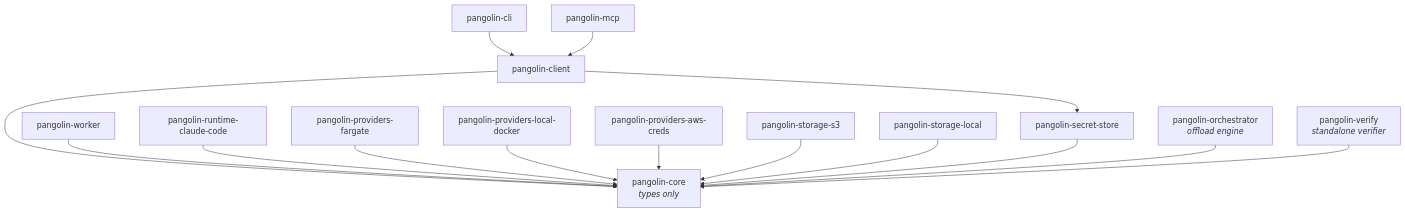
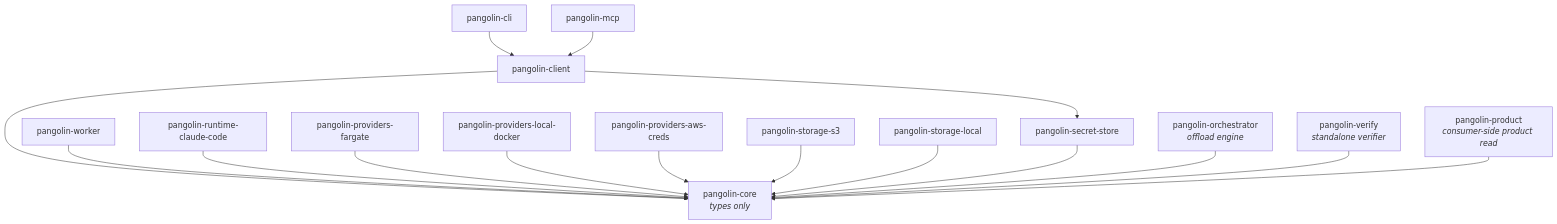
Before and after one commit to QuarrySystems/pangolin: the diagram in docs-site/src/content/docs/reference/package-map.md, drawn with Mermaid. The commit also changed other lines of this file and 4 other files, not shown here.

Commit message:
docs: sixteen packages, pangolin-product row, and document the published read (task-docs)

````diff
--- a/docs-site/src/content/docs/reference/package-map.md
+++ b/docs-site/src/content/docs/reference/package-map.md
@@ -43,32 +44,34 @@
 ```mermaid
 graph TD
   core[pangolin-core<br/><i>types only</i>]
   client[pangolin-client]
   cli[pangolin-cli]
   mcp[pangolin-mcp]
   worker[pangolin-worker]
   runtime[pangolin-runtime-claude-code]
   pfargate[pangolin-providers-fargate]
   plocal[pangolin-providers-local-docker]
   pawscreds[pangolin-providers-aws-creds]
   ss3[pangolin-storage-s3]
   slocal[pangolin-storage-local]
   secretstore[pangolin-secret-store]
   orch[pangolin-orchestrator<br/><i>offload engine</i>]
   verify[pangolin-verify<br/><i>standalone verifier</i>]
+  product[pangolin-product<br/><i>consumer-side product read</i>]
 
   client --> core
   client --> secretstore
   cli --> client
   mcp --> client
   worker --> core
   runtime --> core
   pfargate --> core
   plocal --> core
   pawscreds --> core
   ss3 --> core
   slocal --> core
   secretstore --> core
   orch --> core
   verify --> core
+  product --> core
 ```
````
